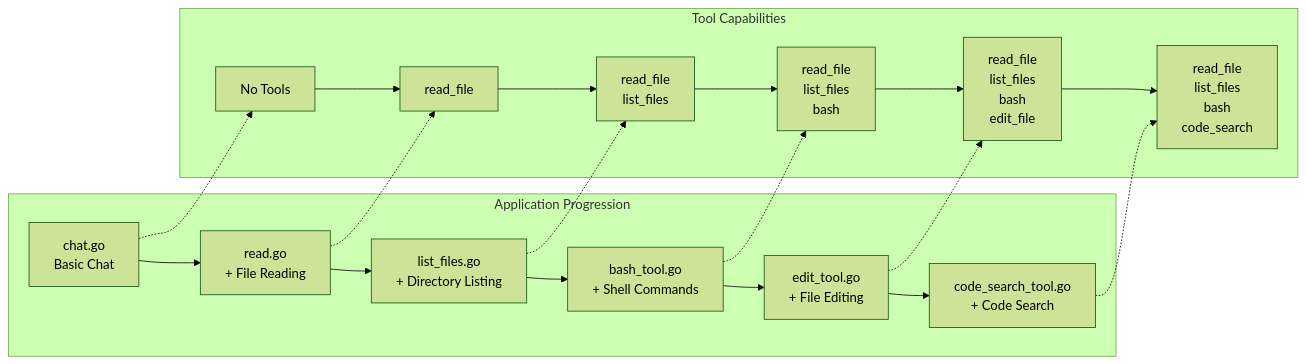
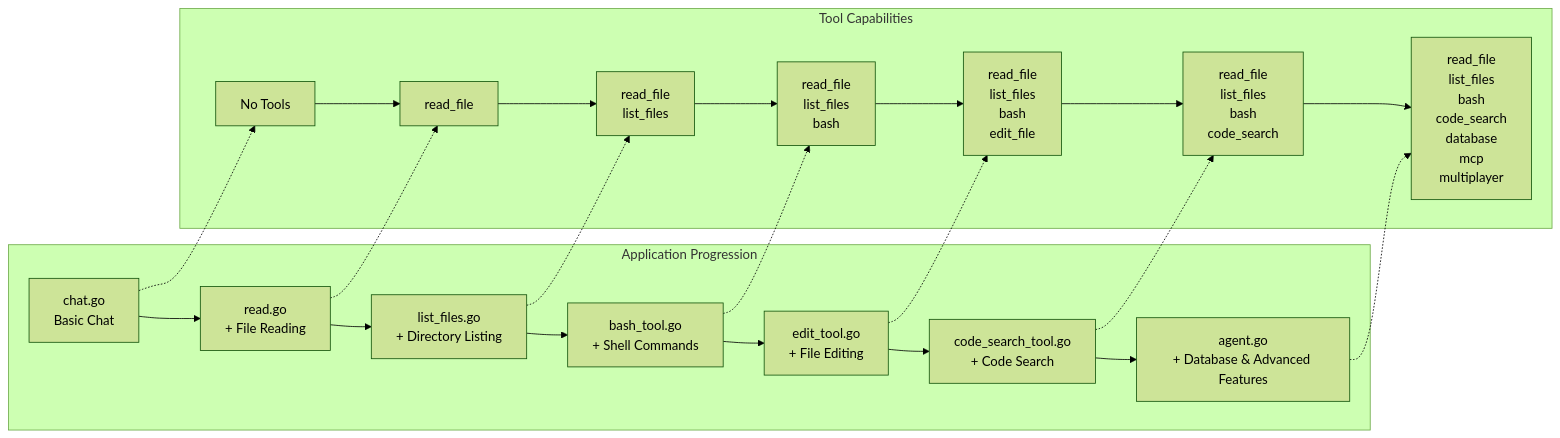
The first of 2 diagrams in docs/BUILD_GUIDE.md (Artifact-Virtual/EVE), drawn with Mermaid (forest theme) before and after one commit. The commit also changed other lines of this file and 18 other files, not shown here.

````diff
--- a/docs/BUILD_GUIDE.md
+++ b/docs/BUILD_GUIDE.md
@@ -35,25 +36,28 @@
 ```mermaid
 graph LR
     subgraph "Application Progression"
         A[chat.go<br/>Basic Chat] --> B[read.go<br/>+ File Reading]
         B --> C[list_files.go<br/>+ Directory Listing]
         C --> D[bash_tool.go<br/>+ Shell Commands]
         D --> E[edit_tool.go<br/>+ File Editing]
         E --> F[code_search_tool.go<br/>+ Code Search]
+        F --> G[agent.go<br/>+ Database & Advanced Features]
     end
     
     subgraph "Tool Capabilities"
-        G[No Tools] --> H[read_file]
-        H --> I[read_file<br/>list_files]
-        I --> J[read_file<br/>list_files<br/>bash]
-        J --> K[read_file<br/>list_files<br/>bash<br/>edit_file]
-        K --> L[read_file<br/>list_files<br/>bash<br/>code_search]
+        H[No Tools] --> I[read_file]
+        I --> J[read_file<br/>list_files]
+        J --> K[read_file<br/>list_files<br/>bash]
+        K --> L[read_file<br/>list_files<br/>bash<br/>edit_file]
+        L --> M[read_file<br/>list_files<br/>bash<br/>code_search]
+        M --> N[read_file<br/>list_files<br/>bash<br/>code_search<br/>database<br/>mcp<br/>multiplayer]
     end
     
-    A -.-> G
-    B -.-> H
-    C -.-> I
-    D -.-> J
-    E -.-> K
-    F -.-> L
+    A -.-> H
+    B -.-> I
+    C -.-> J
+    D -.-> K
+    E -.-> L
+    F -.-> M
+    G -.-> N
 ```
````
